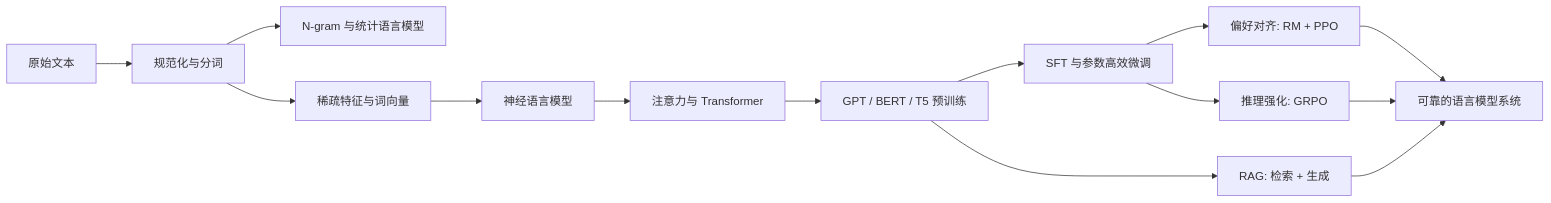
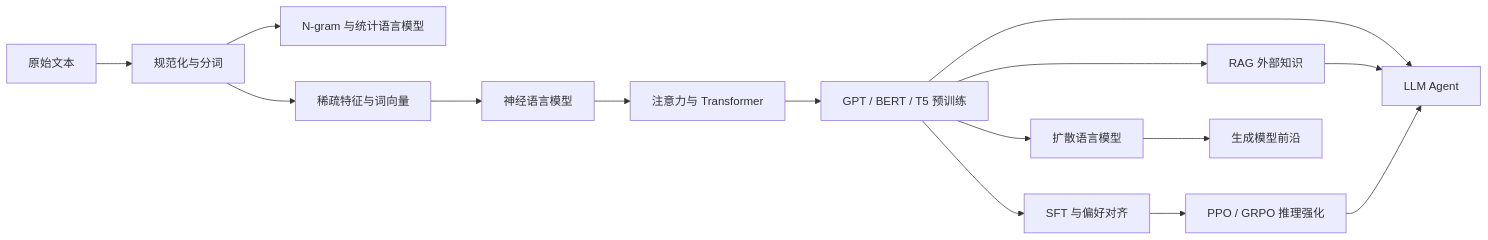
One commit to hadanice/OpenDS changed the diagram in docs/notes/nlp-llms/index.md. Above: the diagram before and after it, drawn with Mermaid. The commit also changed other lines of this file and 15 other files, not shown here.

````diff
--- a/docs/notes/nlp-llms/index.md
+++ b/docs/notes/nlp-llms/index.md
@@ -32,16 +29,17 @@
 ```mermaid
 flowchart LR
   A[原始文本] --> B[规范化与分词]
   B --> C[N-gram 与统计语言模型]
   B --> D[稀疏特征与词向量]
   D --> E[神经语言模型]
   E --> F[注意力与 Transformer]
   F --> G[GPT / BERT / T5 预训练]
-  G --> H[SFT 与参数高效微调]
-  H --> I[偏好对齐: RM + PPO]
-  H --> J[推理强化: GRPO]
-  G --> K[RAG: 检索 + 生成]
-  I --> L[可靠的语言模型系统]
+  G --> H[SFT 与偏好对齐]
+  H --> I[PPO / GRPO 推理强化]
+  G --> J[RAG 外部知识]
+  G --> K[扩散语言模型]
+  G --> L[LLM Agent]
   J --> L
-  K --> L
+  I --> L
+  K --> M[生成模型前沿]
 ```
````
